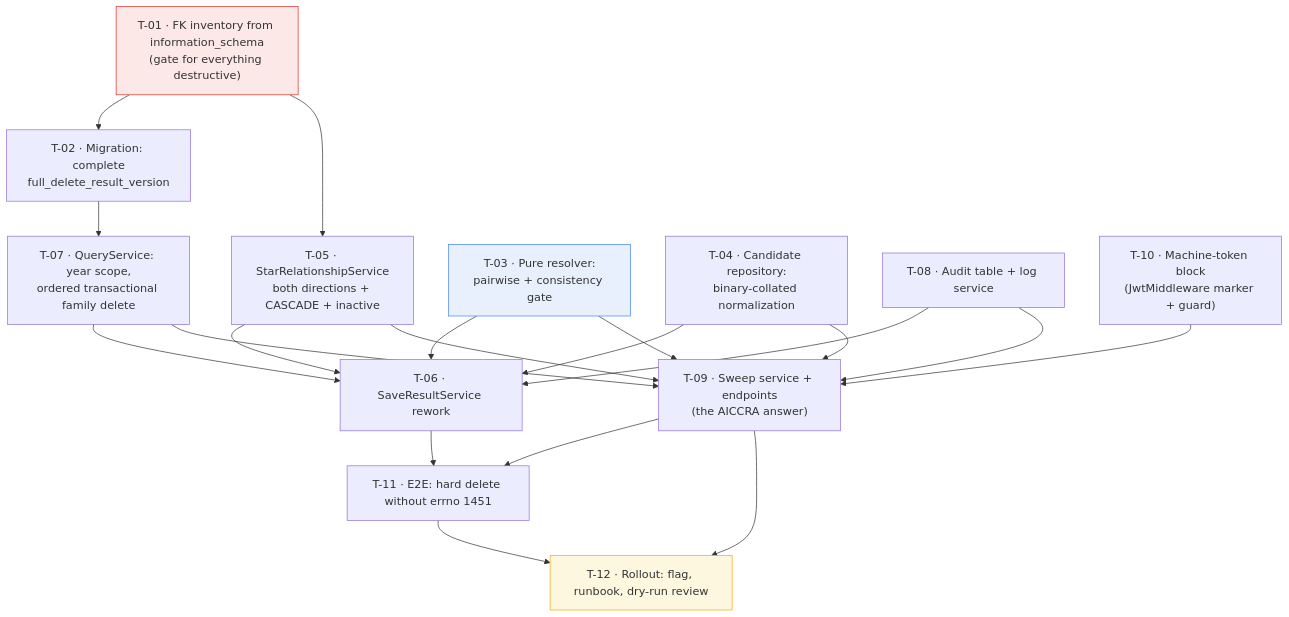
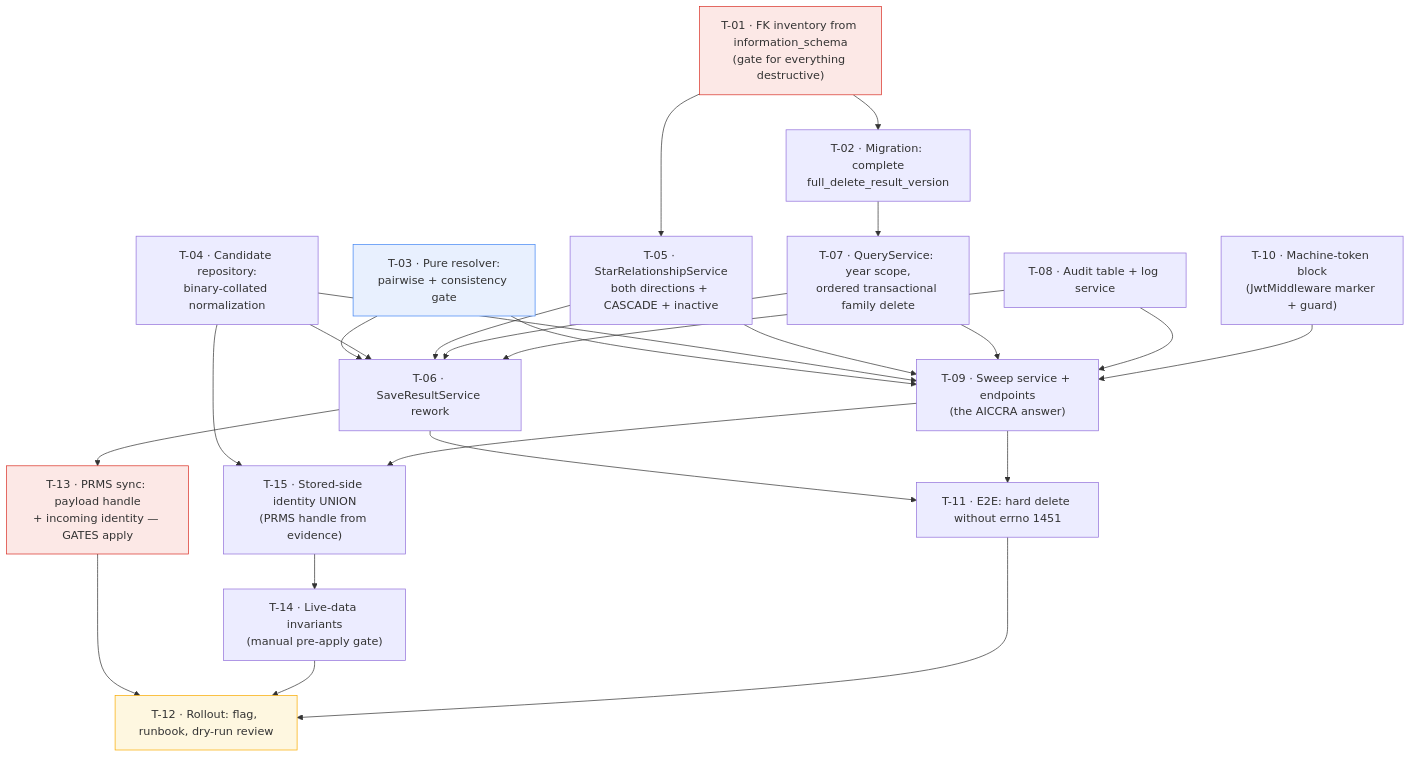
The diagram in docs/specs/results/cross-platform-duplicate-resolution/tasks.md (AllianceBioversityCIAT/alliance-research-indicators-main), drawn with Mermaid before and after one commit. The commit also changed other lines of this file and 3 other files, not shown here.

````diff
--- a/docs/specs/results/cross-platform-duplicate-resolution/tasks.md
+++ b/docs/specs/results/cross-platform-duplicate-resolution/tasks.md
@@ -36,25 +52,31 @@
 ```mermaid
 graph TD
   T01["T-01 · FK inventory from information_schema<br/>(gate for everything destructive)"] --> T02["T-02 · Migration: complete<br/>full_delete_result_version"]
   T01 --> T05["T-05 · StarRelationshipService<br/>both directions + CASCADE + inactive"]
   T02 --> T07["T-07 · QueryService: year scope,<br/>ordered transactional family delete"]
   T03["T-03 · Pure resolver:<br/>pairwise + consistency gate"] --> T06["T-06 · SaveResultService rework"]
   T04["T-04 · Candidate repository:<br/>binary-collated normalization"] --> T06
   T05 --> T06
   T07 --> T06
   T08["T-08 · Audit table + log service"] --> T06
   T03 --> T09["T-09 · Sweep service + endpoints<br/>(the AICCRA answer)"]
   T04 --> T09
   T05 --> T09
   T07 --> T09
   T08 --> T09
   T10["T-10 · Machine-token block<br/>(JwtMiddleware marker + guard)"] --> T09
   T06 --> T11["T-11 · E2E: hard delete without errno 1451"]
   T09 --> T11
-  T09 --> T12["T-12 · Rollout: flag, runbook, dry-run review"]
+  T04 --> T15["T-15 · Stored-side identity UNION<br/>(PRMS handle from evidence)"]
+  T09 --> T15
+  T06 --> T13["T-13 · PRMS sync: payload handle<br/>+ incoming identity — GATES apply"]
+  T15 --> T14["T-14 · Live-data invariants<br/>(manual pre-apply gate)"]
+  T13 --> T12["T-12 · Rollout: flag, runbook, dry-run review"]
+  T14 --> T12
   T11 --> T12
 
   style T01 fill:#fce8e6,stroke:#d93025
   style T03 fill:#e8f0fe,stroke:#4285f4
+  style T13 fill:#fce8e6,stroke:#d93025
   style T12 fill:#fef7e0,stroke:#f9ab00
 ```
````
